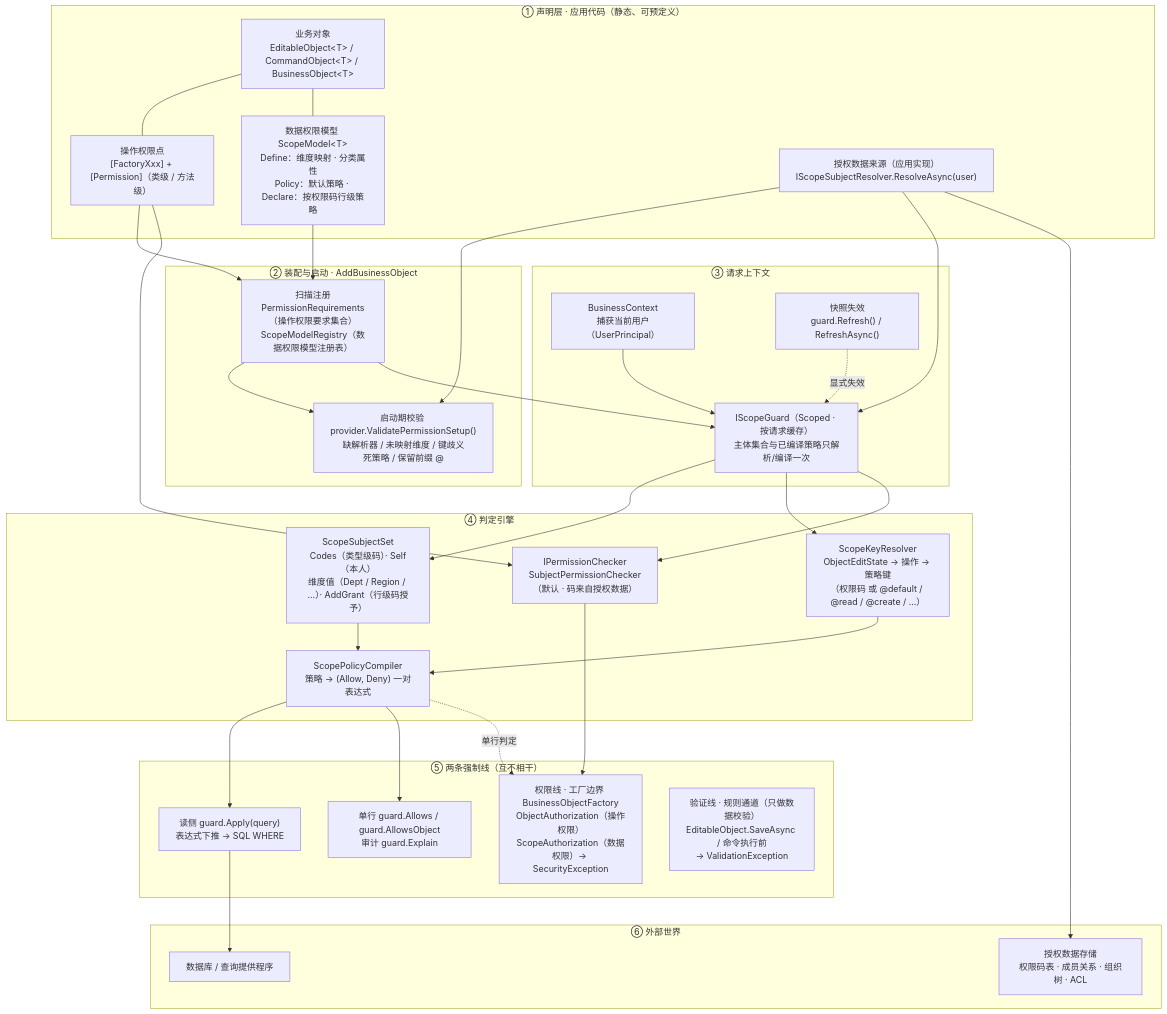
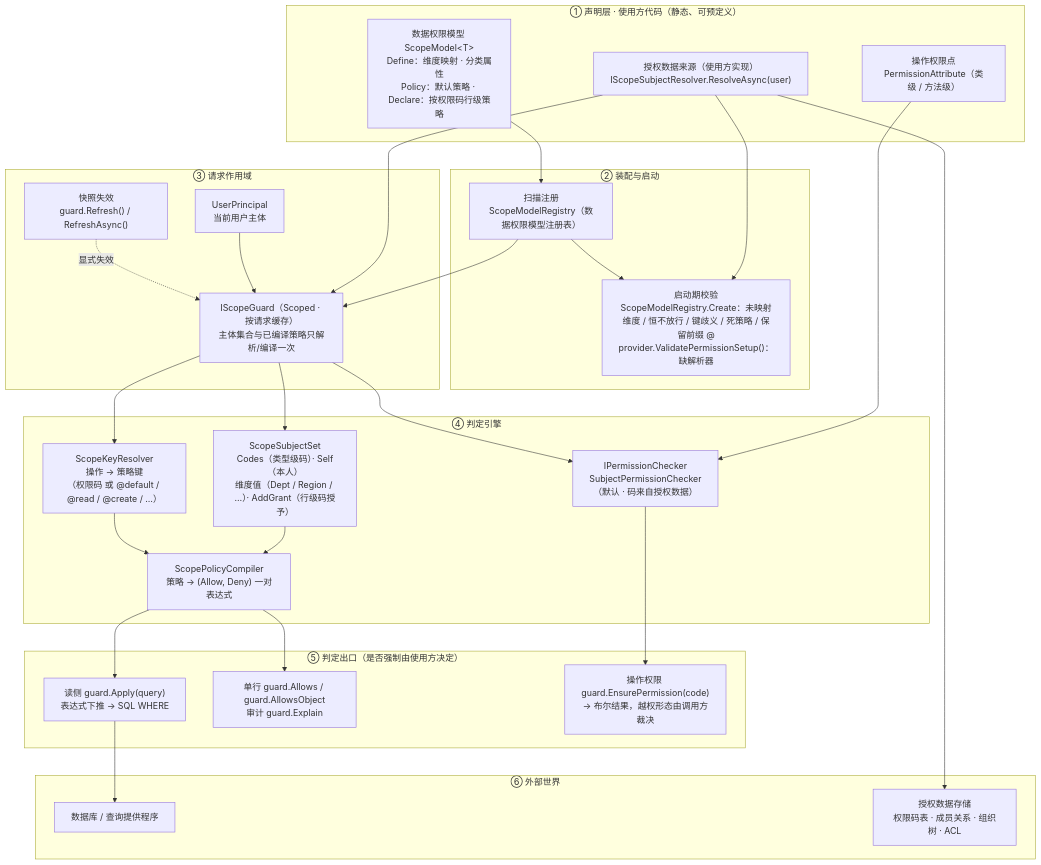
The diagram in Source/Euonia.Security/DESIGN.md (euonia-project/euonia-dotnet), drawn with Mermaid before and after one commit. The commit also changed other lines of this file and 8 other files, not shown here.

````diff
--- a/Source/Euonia.Security/DESIGN.md
+++ b/Source/Euonia.Security/DESIGN.md
@@ -48,63 +48,57 @@
 ```mermaid
 graph TD
-    subgraph A["① 声明层 · 应用代码（静态、可预定义）"]
-        A1["业务对象<br/>EditableObject&lt;T&gt; / CommandObject&lt;T&gt; / BusinessObject&lt;T&gt;"]
-        A2["操作权限点<br/>[FactoryXxx] + [Permission]（类级 / 方法级）"]
-        A3["数据权限模型 ScopeModel&lt;T&gt;<br/>Define：维度映射 · 分类属性<br/>Policy：默认策略 · Declare：按权限码行级策略"]
-        A4["授权数据来源（应用实现）<br/>IScopeSubjectResolver.ResolveAsync(user)"]
+    subgraph A["① 声明层 · 使用方代码（静态、可预定义）"]
+        A1["操作权限点<br/>PermissionAttribute（类级 / 方法级）"]
+        A2["数据权限模型 ScopeModel&lt;T&gt;<br/>Define：维度映射 · 分类属性<br/>Policy：默认策略 · Declare：按权限码行级策略"]
+        A3["授权数据来源（使用方实现）<br/>IScopeSubjectResolver.ResolveAsync(user)"]
     end
 
-    subgraph B["② 装配与启动 · AddBusinessObject"]
-        B1["扫描注册<br/>PermissionRequirements（操作权限要求集合）<br/>ScopeModelRegistry（数据权限模型注册表）"]
-        B2["启动期校验 provider.ValidatePermissionSetup()<br/>缺解析器 / 未映射维度 / 键歧义<br/>死策略 / 保留前缀 @"]
+    subgraph B["② 装配与启动"]
+        B1["扫描注册<br/>ScopeModelRegistry（数据权限模型注册表）"]
+        B2["启动期校验<br/>ScopeModelRegistry.Create：未映射维度 / 恒不放行 / 键歧义 / 死策略 / 保留前缀 @<br/>provider.ValidatePermissionSetup()：缺解析器"]
     end
 
-    subgraph C["③ 请求上下文"]
-        C1["BusinessContext<br/>捕获当前用户（UserPrincipal）"]
+    subgraph C["③ 请求作用域"]
+        C1["UserPrincipal<br/>当前用户主体"]
         C2["IScopeGuard（Scoped · 按请求缓存）<br/>主体集合与已编译策略只解析/编译一次"]
         C3["快照失效<br/>guard.Refresh() / RefreshAsync()"]
     end
 
     subgraph D["④ 判定引擎"]
         D1["ScopeSubjectSet<br/>Codes（类型级码）· Self（本人）<br/>维度值（Dept / Region / …）· AddGrant（行级码授予）"]
-        D2["ScopeKeyResolver<br/>ObjectEditState → 操作 → 策略键<br/>（权限码 或 @default / @read / @create / …）"]
+        D2["ScopeKeyResolver<br/>操作 → 策略键<br/>（权限码 或 @default / @read / @create / …）"]
         D3["ScopePolicyCompiler<br/>策略 → (Allow, Deny) 一对表达式"]
         D4["IPermissionChecker<br/>SubjectPermissionChecker（默认 · 码来自授权数据）"]
     end
 
-    subgraph E["⑤ 两条强制线（互不相干）"]
+    subgraph E["⑤ 判定出口（是否强制由使用方决定）"]
         E1["读侧 guard.Apply(query)<br/>表达式下推 → SQL WHERE"]
         E2["单行 guard.Allows / guard.AllowsObject<br/>审计 guard.Explain"]
-        E3["权限线 · 工厂边界 BusinessObjectFactory<br/>ObjectAuthorization（操作权限）<br/>ScopeAuthorization（数据权限）→ SecurityException"]
-        E4["验证线 · 规则通道（只做数据校验）<br/>EditableObject.SaveAsync / 命令执行前<br/>→ ValidationException"]
+        E3["操作权限 guard.EnsurePermission(code)<br/>→ 布尔结果，越权形态由调用方裁决"]
     end
 
     subgraph F["⑥ 外部世界"]
         F1["数据库 / 查询提供程序"]
         F2["授权数据存储<br/>权限码表 · 成员关系 · 组织树 · ACL"]
     end
 
-    A1 --- A2
-    A1 --- A3
+    A1 --> D4
     A2 --> B1
-    A2 --> D4
-    A3 --> B1
-    A4 --> B2
-    A4 --> C2
-    A4 --> F2
+    A3 --> B2
+    A3 --> C2
+    A3 --> F2
 
     B1 --> B2
     B1 --> C2
     C1 --> C2
     C2 --> D1
     C2 --> D2
     C2 --> D4
     D1 --> D3
     D2 --> D3
     D3 --> E1
     D3 --> E2
-    D3 -. 单行判定 .-> E3
     D4 --> E3
     E1 --> F1
     C3 -. 显式失效 .-> C2
 ```
````
